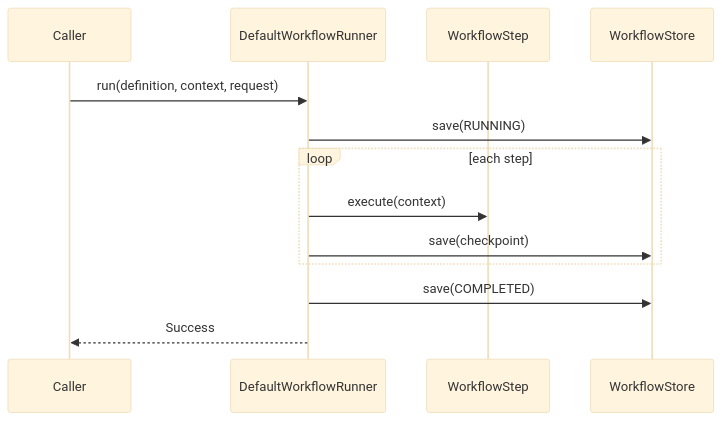
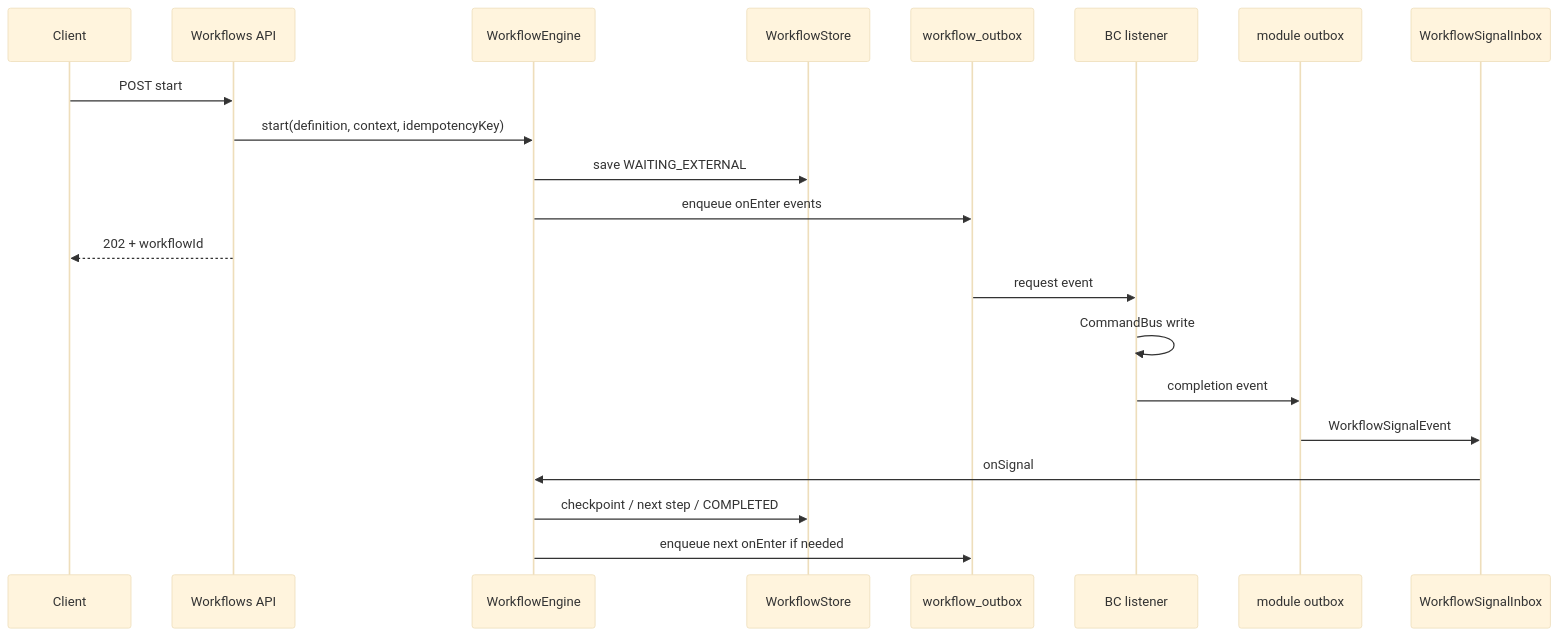
One commit to khinemyaezin/grab changed the fourth of 9 diagrams in docs/system/ADR_007-Workflow_framework_internal_design.md. Above: the diagram before and after it, drawn with Mermaid (base theme). The commit also changed other lines of this file and 39 other files, not shown here.

Commit message:
feat: introduce workflow signal handling with new interfaces and entities for improved workflow management

````diff
--- a/docs/system/ADR_007-Workflow_framework_internal_design.md
+++ b/docs/system/ADR_007-Workflow_framework_internal_design.md
@@ -127,16 +325,25 @@
 ```mermaid
 sequenceDiagram
-    participant Caller
-    participant Runner as DefaultWorkflowRunner
-    participant Step as WorkflowStep
-    participant Store as WorkflowStore
+    participant Client
+    participant API as Workflows API
+    participant Engine as WorkflowEngine
+    participant WStore as WorkflowStore
+    participant WOut as workflow_outbox
+    participant Module as BC listener
+    participant MOut as module outbox
+    participant Inbox as WorkflowSignalInbox
 
-    Caller->>Runner: run(definition, context, request)
-    Runner->>Store: save(RUNNING)
-    loop each step
-        Runner->>Step: execute(context)
-        Runner->>Store: save(checkpoint)
-    end
-    Runner->>Store: save(COMPLETED)
-    Runner-->>Caller: Success
+    Client->>API: POST start
+    API->>Engine: start(definition, context, idempotencyKey)
+    Engine->>WStore: save WAITING_EXTERNAL
+    Engine->>WOut: enqueue onEnter events
+    API-->>Client: 202 + workflowId
+
+    WOut->>Module: request event
+    Module->>Module: CommandBus write
+    Module->>MOut: completion event
+    MOut->>Inbox: WorkflowSignalEvent
+    Inbox->>Engine: onSignal
+    Engine->>WStore: checkpoint / next step / COMPLETED
+    Engine->>WOut: enqueue next onEnter if needed
 ```
````
